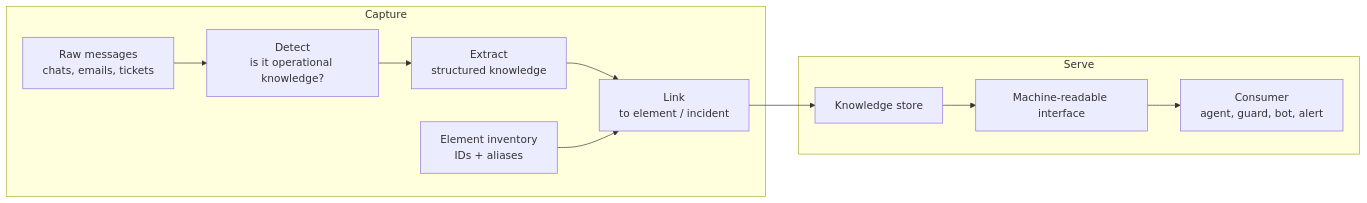
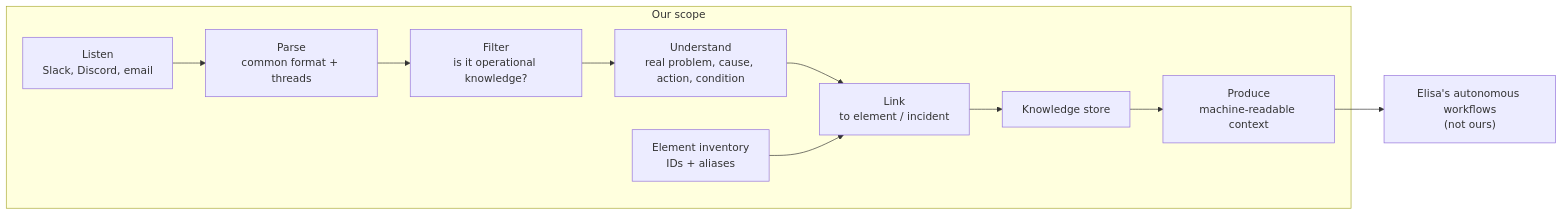
The diagram in docs/architecture.md (The-trappists/elidex), drawn with Mermaid before and after one commit. The commit also changed other lines of this file and 4 other files, not shown here.

First line of the commit message:
Update scope docs after Elisa's presentation

````diff
--- a/docs/architecture.md
+++ b/docs/architecture.md
@@ -7,14 +9,13 @@
 ```mermaid
 flowchart LR
-    subgraph Capture
-        RAW["Raw messages<br/>chats, emails, tickets"] --> CLS["Detect<br/>is it operational knowledge?"]
-        CLS --> EXT["Extract<br/>structured knowledge"]
-        EXT --> LNK["Link<br/>to element / incident"]
+    subgraph Ours["Our scope"]
+        RAW["Listen<br/>Slack, Discord, email"] --> PAR["Parse<br/>common format + threads"]
+        PAR --> FIL["Filter<br/>is it operational knowledge?"]
+        FIL --> UND["Understand<br/>real problem, cause, action, condition"]
+        UND --> LNK["Link<br/>to element / incident"]
         INV["Element inventory<br/>IDs + aliases"] --> LNK
+        LNK --> STORE["Knowledge store"]
+        STORE --> OUT["Produce<br/>machine-readable context"]
     end
-    LNK --> STORE["Knowledge store"]
-    subgraph Serve
-        STORE --> API["Machine-readable interface"]
-        API --> CONS["Consumer<br/>agent, guard, bot, alert"]
-    end
+    OUT --> CONS["Elisa's autonomous workflows<br/>(not ours)"]
 ```
````
